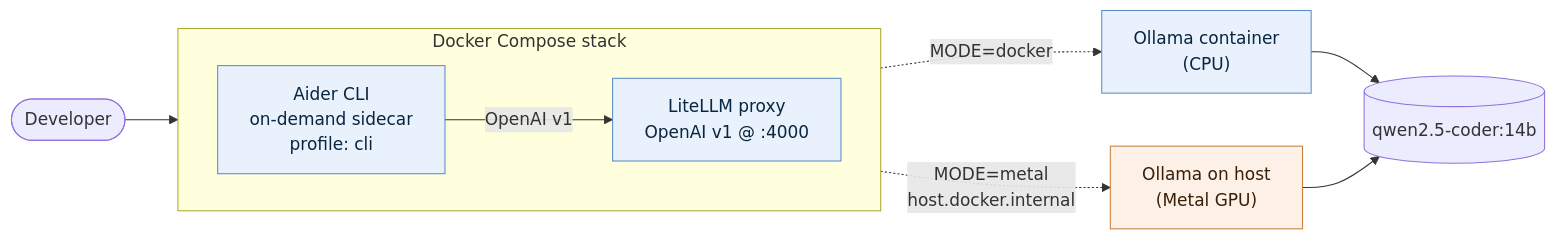
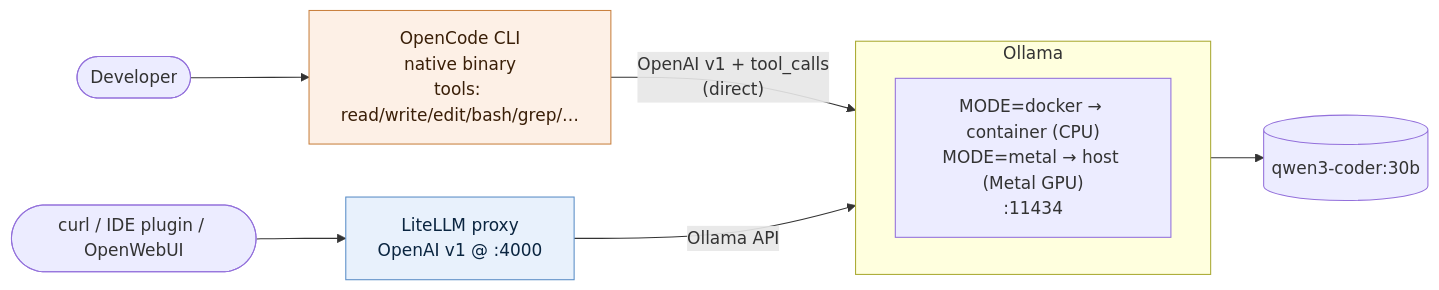
The diagram in README.md (binRick/maude), drawn with Mermaid before and after one commit. The commit also changed other lines of this file and 9 other files, not shown here.

````diff
--- a/README.md
+++ b/README.md
@@ -127,22 +118,23 @@
 ```mermaid
 flowchart LR
-    Dev([Developer]) --> Aider
+    Dev([Developer])
+    Other([curl / IDE plugin / OpenWebUI])
 
-    subgraph compose["Docker Compose stack"]
+    Dev --> OC["OpenCode CLI<br/>native binary<br/>tools: read/write/edit/bash/grep/…"]
+    Other --> LiteLLM["LiteLLM proxy<br/>OpenAI v1 @ :4000"]
+
+    OC -- "OpenAI v1 + tool_calls<br/>(direct)" --> Ollama
+    LiteLLM -- "Ollama API" --> Ollama
+
+    subgraph backend["Ollama"]
         direction LR
-        Aider["Aider CLI<br/>on-demand sidecar<br/>profile: cli"]
-        LiteLLM["LiteLLM proxy<br/>OpenAI v1 @ :4000"]
-        Aider -- "OpenAI v1" --> LiteLLM
+        Ollama["MODE=docker → container (CPU)<br/>MODE=metal → host (Metal GPU)<br/>:11434"]
     end
 
-    LiteLLM -. "MODE=docker" .-> OllamaC["Ollama container<br/>(CPU)"]
-    LiteLLM -. "MODE=metal<br/>host.docker.internal" .-> OllamaH["Ollama on host<br/>(Metal GPU)"]
+    Ollama --> Model[("qwen3-coder:30b")]
 
-    OllamaC --> Model[("qwen2.5-coder:14b")]
-    OllamaH --> Model
-
+    classDef host fill:#fdf0e6,stroke:#c98140,color:#3a1f08
     classDef container fill:#e8f1fc,stroke:#5a8dc7,color:#0a2540
-    classDef host fill:#fdf0e6,stroke:#c98140,color:#3a1f08
-    class Aider,LiteLLM,OllamaC container
-    class OllamaH host
+    class OC host
+    class LiteLLM container
 ```
````
